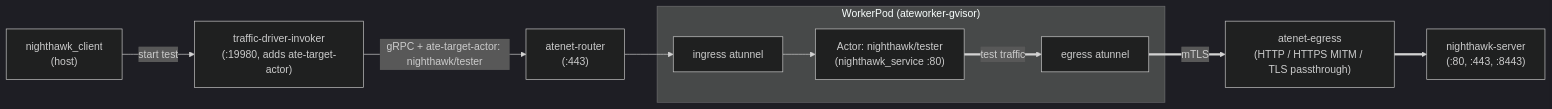
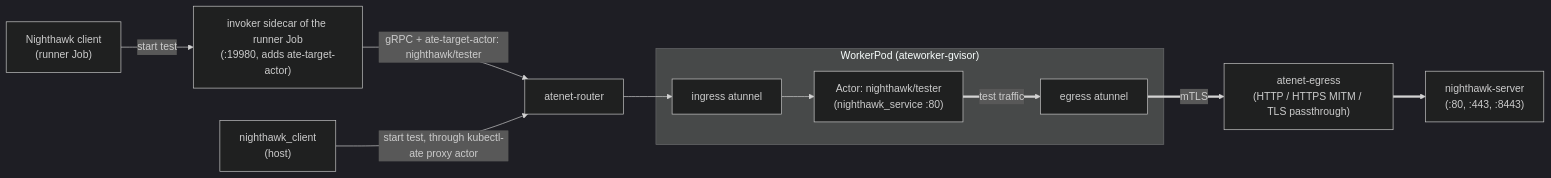
One commit to ygao-g/substrate changed the diagram in benchmarking/nighthawk-egress/README.md. Above: the diagram before and after it, drawn with Mermaid (dark theme). The commit also changed other lines of this file and 9 other files, not shown here.

First line of the commit message:
benchmarking/automation: add the nighthawk-egress test type

````diff
--- a/benchmarking/nighthawk-egress/README.md
+++ b/benchmarking/nighthawk-egress/README.md
@@ -7,23 +7,25 @@
 ```mermaid
 flowchart LR
-    client["nighthawk_client<br/>(host)"]
-    invoker["traffic-driver-invoker<br/>(:19980, adds ate-target-actor)"]
-    router["atenet-router<br/>(:443)"]
+    client["Nighthawk client<br/>(runner Job)"]
+    invoker["invoker sidecar of the runner Job<br/>(:19980, adds ate-target-actor)"]
+    host["nighthawk_client<br/>(host)"]
+    router["atenet-router"]
 
     subgraph worker["WorkerPod (ateworker-gvisor)"]
         atunnel-ingress["ingress atunnel"]
         actor["Actor: nighthawk/tester<br/>(nighthawk_service :80)"]
         atunnel-egress["egress atunnel"]
     end
 
     egress["atenet-egress<br/>(HTTP / HTTPS MITM / TLS passthrough)"]
     server["nighthawk-server<br/>(:80, :443, :8443)"]
 
     client -->|"start test"| invoker
     invoker -->|"gRPC + ate-target-actor: nighthawk/tester"| router
+    host -->|"start test, through kubectl-ate proxy actor"| router
     router --> atunnel-ingress
     atunnel-ingress --> actor
     actor ==>|"test traffic"| atunnel-egress
     atunnel-egress ==>|"mTLS"| egress
     egress ==> server
 ```
````
